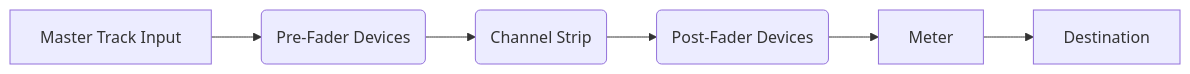
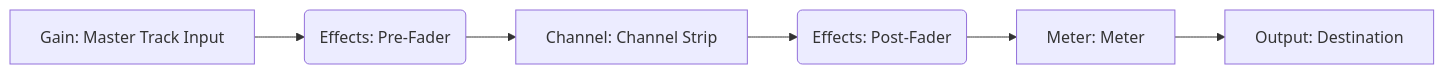
The ninth of 9 diagrams in README.md (yannmazita/daw.ts), drawn with Mermaid before and after one commit. The commit also changed other lines of this file, not shown here.

````diff
--- a/README.md
+++ b/README.md
@@ -230,8 +352,8 @@
 ```mermaid
     graph LR
-        A[Master Track Input] --> B(Pre-Fader Devices);
-        B --> C(Channel Strip);
-        C --> D(Post-Fader Devices);
-        D --> E[Meter];
-        E --> F[Destination];
+        A[Gain: Master Track Input] --> B(Effects: Pre-Fader);
+        B --> C[Channel: Channel Strip];
+        C --> D(Effects: Post-Fader);
+        D --> E[Meter: Meter];
+        E --> F[Output: Destination];
 ```
````
